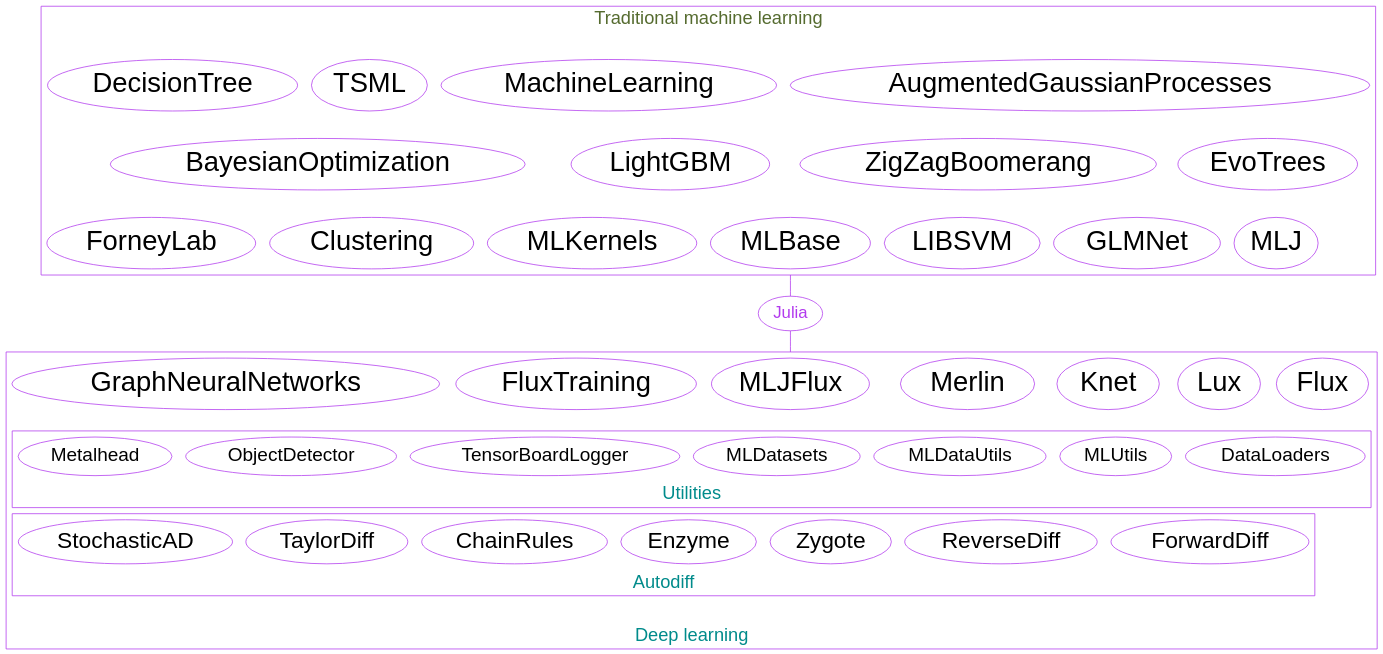
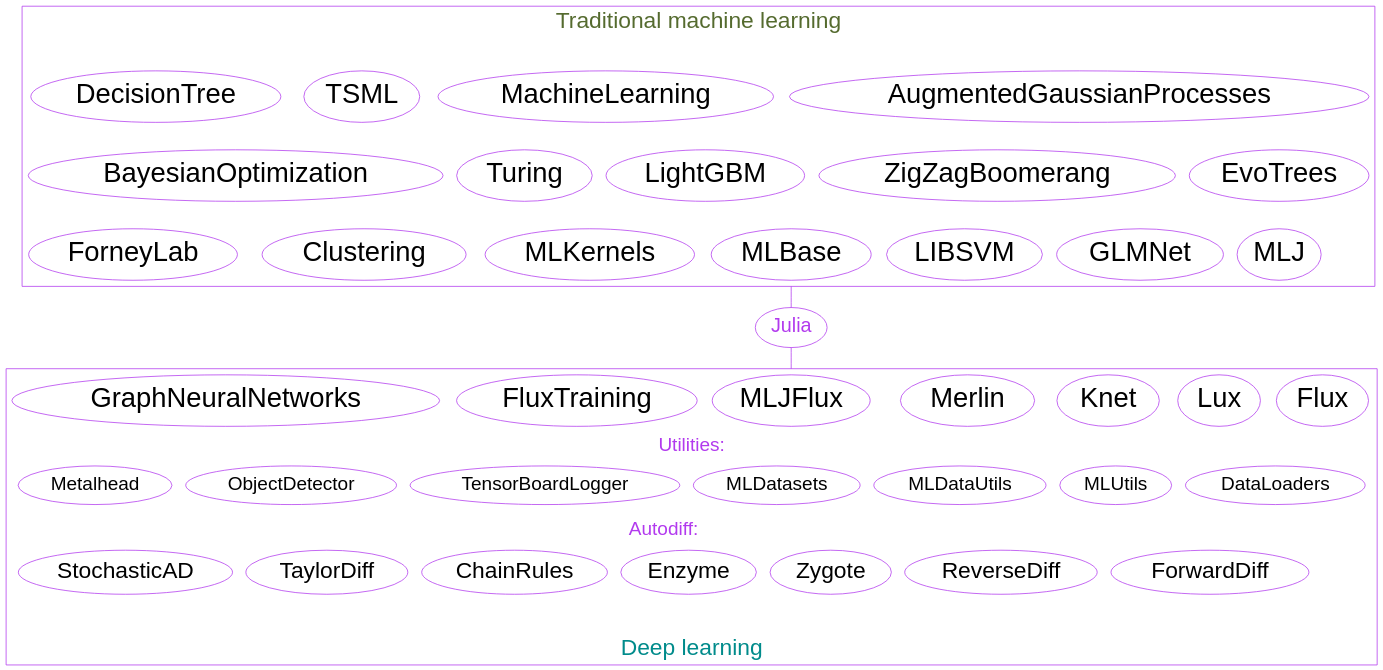
Before and after one commit to WestDRI/arc-training: the ninth of 16 diagrams in ml/frameworks_slides.qmd, drawn with Graphviz. The commit also changed other lines of this file, not shown here.

````diff
--- a/ml/frameworks_slides.qmd
+++ b/ml/frameworks_slides.qmd
@@ -464,69 +481,78 @@
 ```{dot}
 //| echo: false
 
 strict graph {
 
   bgcolor="transparent"
   graph [fontname="Inconsolata, sans-serif"]
   node [fontname="Inconsolata, sans-serif", color=darkorchid2]
   compound=true
   
   subgraph cluster_ml {
 	label="Traditional machine learning\n\n"
 	color=darkorchid2
 	fontcolor=darkolivegreen
-	fontsize=24
+	fontsize=30
 	edge [style=invis]
 	node [fontsize=36]
 	{rank=same; AugmentedGaussianProcesses MachineLearning TSML DecisionTree}
-	{rank=same; EvoTrees ZigZagBoomerang LightGBM BayesianOptimization}
+	{rank=same; EvoTrees ZigZagBoomerang LightGBM Turing BayesianOptimization}
 	{rank=same; MLJ GLMNet LIBSVM MLBase MLKernels Clustering ForneyLab}
 	AugmentedGaussianProcesses -- EvoTrees -- MLJ
   }
 
   subgraph cluster_dl {	
 	label="\nDeep learning"
 	color=darkorchid2
 	fontcolor=darkcyan
-	fontsize=24
+	fontsize=30
 	labelloc=b
 	edge [style=invis]
 	node [fontsize=36]
 	Flux Lux Knet Merlin MLJFlux FluxTraining GraphNeuralNetworks
 	subgraph cluster_utilities {
-	  label="Utilities"
+	  peripheries=0
+	  fontsize=25
+	  label="Utilities:"
+	  labelloc=t
+	  fontcolor=darkorchid2
 	  node [fontsize=25]
 	  DataLoaders MLUtils MLDataUtils MLDatasets TensorBoardLogger ObjectDetector Metalhead
 	}
 	subgraph cluster_autodiff {
-	  label="Autodiff"
+	  peripheries=0
+	  fontsize=25
+	  label="Autodiff:"
+	  labelloc=t
+	  fontcolor=darkorchid2
 	  node [fontsize=30]
 	  ForwardDiff ReverseDiff Zygote Enzyme ChainRules TaylorDiff StochasticAD
 	}
 	GraphNeuralNetworks -- Metalhead
 	Metalhead -- StochasticAD
   }
 
   Flux [URL="https://github.com/FluxML/Flux.jl"]
   Lux [URL="https://github.com/LuxDL/"]
   Knet [URL="https://github.com/denizyuret/Knet.jl"]
   Merlin [URL=""]
   MLJFlux [URL=""]
   FluxTraining [URL=""]
   GraphNeuralNetworks [URL=""]
   MLJ [URL="https://github.com/alan-turing-institute/MLJ.jl"]
+  Turing [URL="https://github.com/TuringLang/Turing.jl"]
   ForwardDiff [URL="https://github.com/JuliaDiff/ForwardDiff.jl"]
   ReverseDiff [URL="https://github.com/JuliaDiff/ReverseDiff.jl"]
   Zygote [URL="https://github.com/FluxML/Zygote.jl"]
   Enzyme [URL="https://github.com/EnzymeAD/Enzyme.jl"]
   ChainRules [URL="https://github.com/JuliaDiff/ChainRules.jl"]
   TaylorDiff [URL="https://github.com/JuliaDiff/TaylorDiff.jl"]
   StochasticAD [URL="https://github.com/gaurav-arya/StochasticAD.jl"]
 
-  Julia [fontsize=22, fontcolor=darkorchid2, URL="https://julialang.org/"]
+  Julia [fontsize=26, fontcolor=darkorchid2, URL="https://julialang.org/"]
 
   MLBase -- Julia [ltail=cluster_ml, color=darkorchid2]
   Julia -- MLJFlux [lhead=cluster_dl, color=darkorchid2]
   
 }
 ```
````
